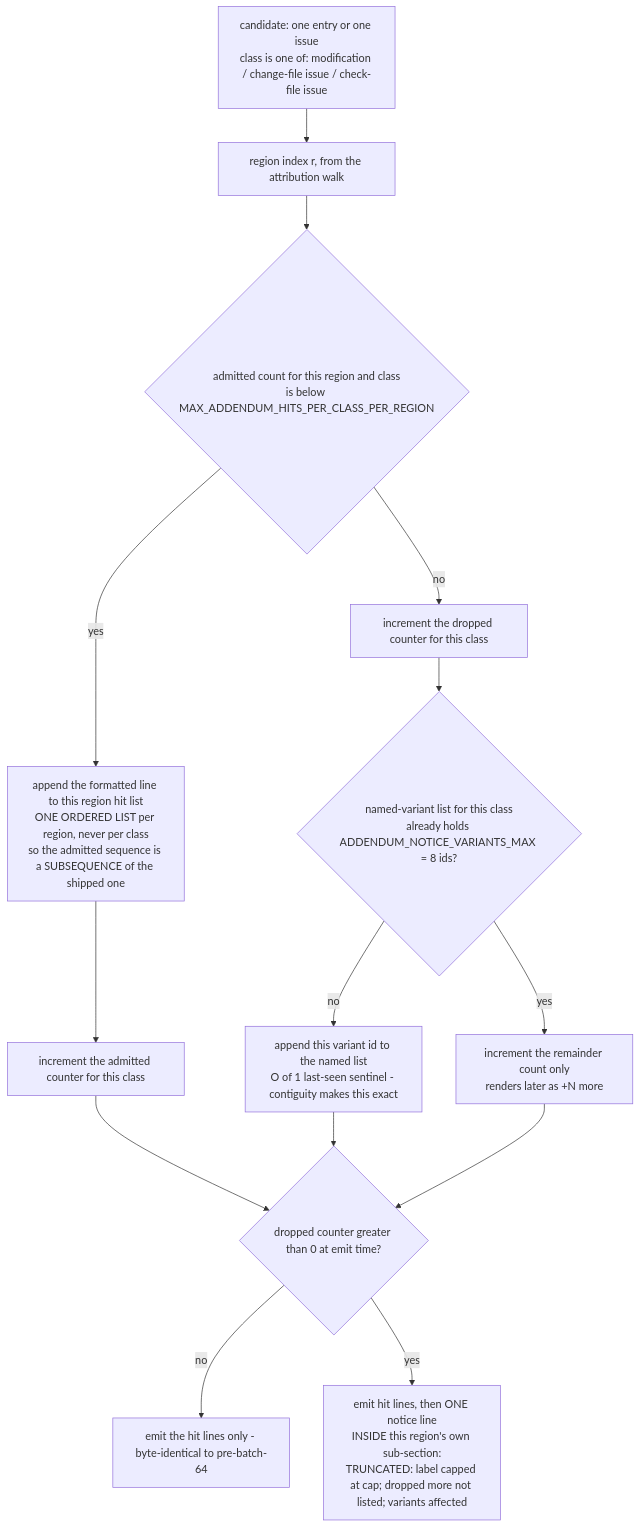
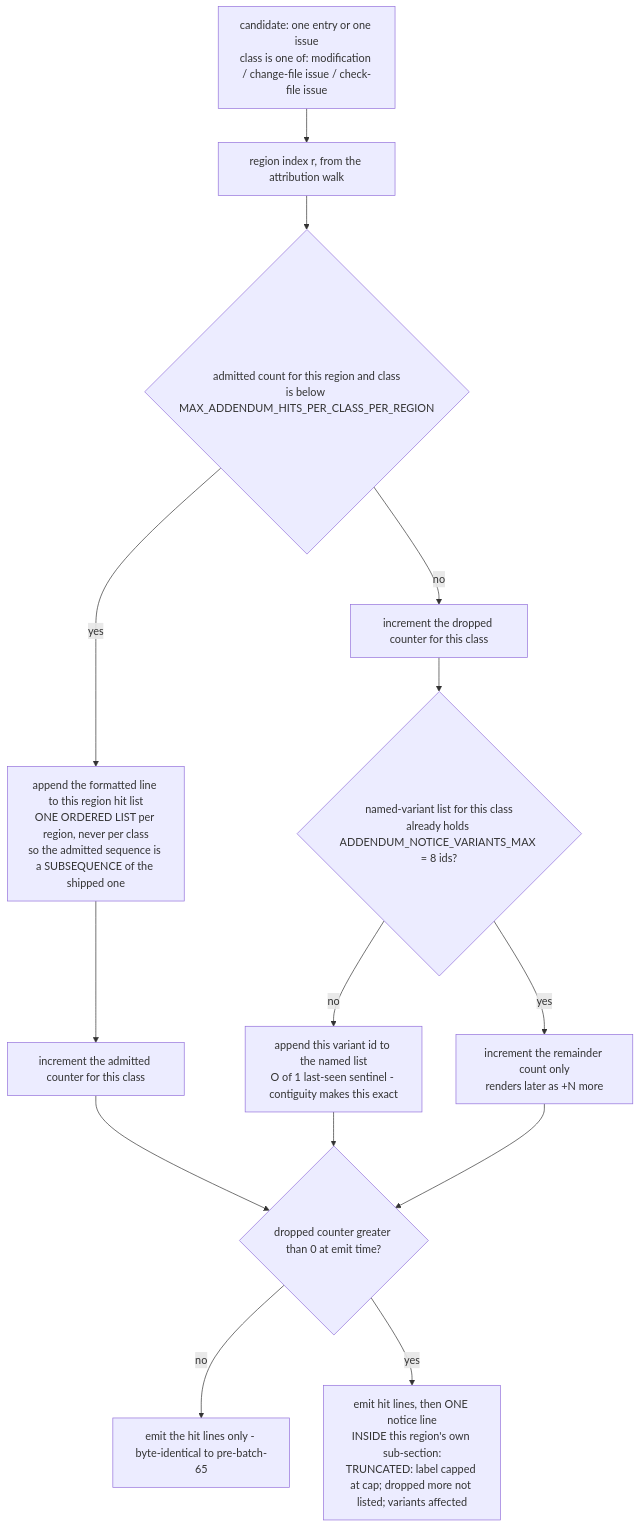
Before and after one commit to jav201/s19_app: the second of 4 diagrams in .dev-flow/2026-07-28-batch-65/06-docs/diagrams/architecture.md, drawn with Mermaid. The commit also changed other lines of this file and 21 other files, not shown here.

First line of the commit message:
docs(dev-flow): close the merge gate's three HIGH findings

````diff
--- a/.dev-flow/2026-07-28-batch-65/06-docs/diagrams/architecture.md
+++ b/.dev-flow/2026-07-28-batch-65/06-docs/diagrams/architecture.md
@@ -67,23 +67,23 @@
 ```mermaid
 flowchart TB
   C0["candidate: one entry or one issue<br/>class is one of: modification / change-file issue / check-file issue"]
   C1["region index r, from the attribution walk"]
   C2{"admitted count for this region and class<br/>is below MAX_ADDENDUM_HITS_PER_CLASS_PER_REGION"}
   C3["append the formatted line to this region hit list<br/>ONE ORDERED LIST per region, never per class<br/>so the admitted sequence is a SUBSEQUENCE of the shipped one"]
   C4["increment the admitted counter for this class"]
   C5["increment the dropped counter for this class"]
   C6{"named-variant list for this class<br/>already holds ADDENDUM_NOTICE_VARIANTS_MAX = 8 ids?"}
   C7["append this variant id to the named list<br/>O of 1 last-seen sentinel - contiguity makes this exact"]
   C8["increment the remainder count only<br/>renders later as +N more"]
   C9{"dropped counter greater than 0 at emit time?"}
-  C10["emit the hit lines only - byte-identical to pre-batch-64"]
+  C10["emit the hit lines only - byte-identical to pre-batch-65"]
   C11["emit hit lines, then ONE notice line<br/>INSIDE this region's own sub-section:<br/>TRUNCATED: label capped at cap; dropped more not listed; variants affected"]
 
   C0 --> C1 --> C2
   C2 -->|yes| C3 --> C4 --> C9
   C2 -->|no| C5 --> C6
   C6 -->|no| C7 --> C9
   C6 -->|yes| C8 --> C9
   C9 -->|no| C10
   C9 -->|yes| C11
 ```
````
